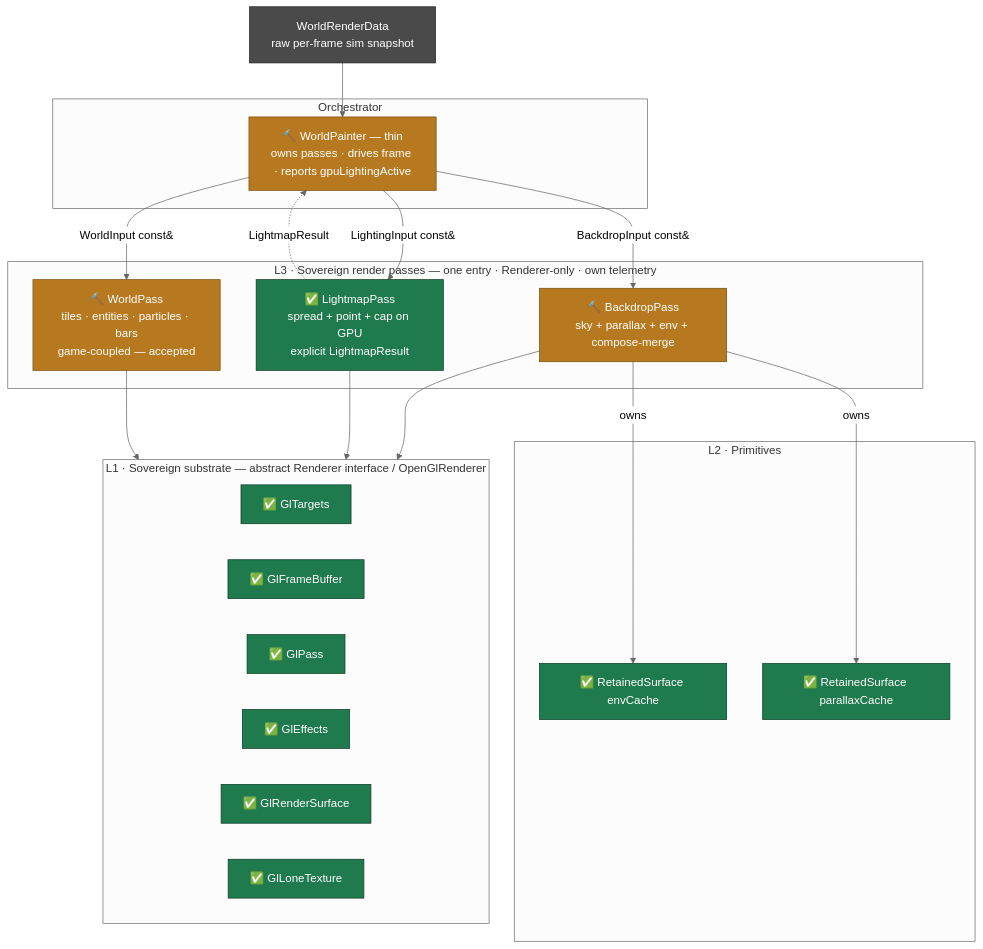
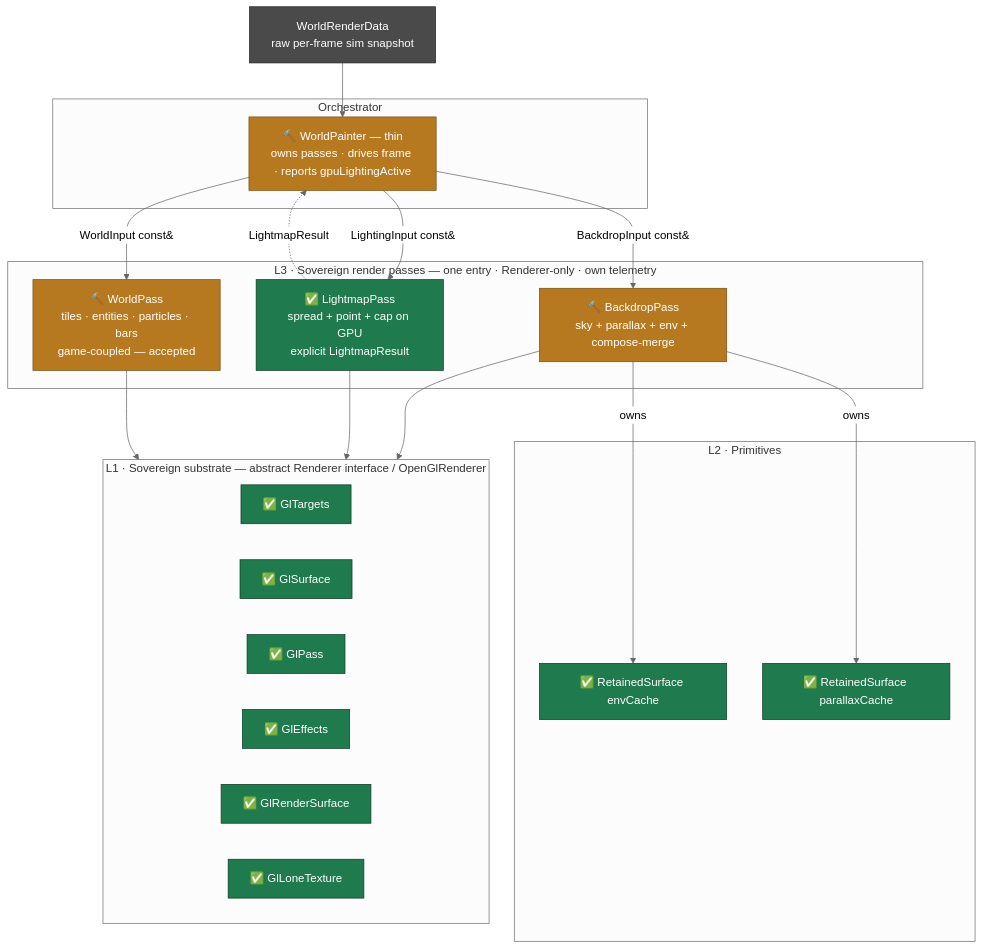
Before and after one commit to apnex/OpenStarbound: the first of 2 diagrams in docs/render/architecture-3-target-state.md, drawn with Mermaid (neutral theme). The commit also changed 1 other file, not shown here.

Commit message:
docs(render): current-state docs use GlSurface (R4) [loose-end]
layer1-architecture.md (canonical current L1) + architecture-3-target-state.md
now name the surface type GlSurface, matching the code after R4. Historical
era docs (vanilla/monolith), assessments, and upstream issue docs keep
GlFrameBuffer (accurate for their scope).

````diff
--- a/docs/render/architecture-3-target-state.md
+++ b/docs/render/architecture-3-target-state.md
@@ -13,46 +13,46 @@
 ```mermaid
 flowchart TB
   classDef done fill:#1f7a4d,color:#ffffff,stroke:#0d3d26,stroke-width:1px
   classDef pending fill:#b7791f,color:#ffffff,stroke:#7a4f10,stroke-width:1px
   classDef input fill:#4a4a4a,color:#ffffff,stroke:#222222,stroke-width:1px
 
   WRD["WorldRenderData<br/>raw per-frame sim snapshot"]:::input
 
   subgraph ORCH["Orchestrator"]
     WP["🔨 WorldPainter — thin<br/>owns passes · drives frame · reports gpuLightingActive"]:::pending
   end
 
   subgraph PASSES["L3 · Sovereign render passes — one entry · Renderer-only · own telemetry"]
     BP["🔨 BackdropPass<br/>sky + parallax + env + compose-merge"]:::pending
     LP["✅ LightmapPass<br/>spread + point + cap on GPU<br/>explicit LightmapResult"]:::done
     WPS["🔨 WorldPass<br/>tiles · entities · particles · bars<br/>game-coupled — accepted"]:::pending
   end
 
   subgraph PRIM["L2 · Primitives"]
     RSE["✅ RetainedSurface envCache"]:::done
     RSP["✅ RetainedSurface parallaxCache"]:::done
   end
 
   subgraph SUB["L1 · Sovereign substrate — abstract Renderer interface / OpenGlRenderer"]
     direction LR
     GLT["✅ GlTargets"]:::done
-    GLF["✅ GlFrameBuffer"]:::done
+    GLF["✅ GlSurface"]:::done
     GLP["✅ GlPass"]:::done
     GLE["✅ GlEffects"]:::done
     GLS["✅ GlRenderSurface"]:::done
     GLL["✅ GlLoneTexture"]:::done
   end
 
   WRD --> WP
   WP -->|BackdropInput const&| BP
   WP -->|LightingInput const&| LP
   WP -->|WorldInput const&| WPS
   LP -.->|LightmapResult| WP
 
   BP -->|owns| RSE
   BP -->|owns| RSP
 
   BP --> SUB
   LP --> SUB
   WPS --> SUB
 ```
````
